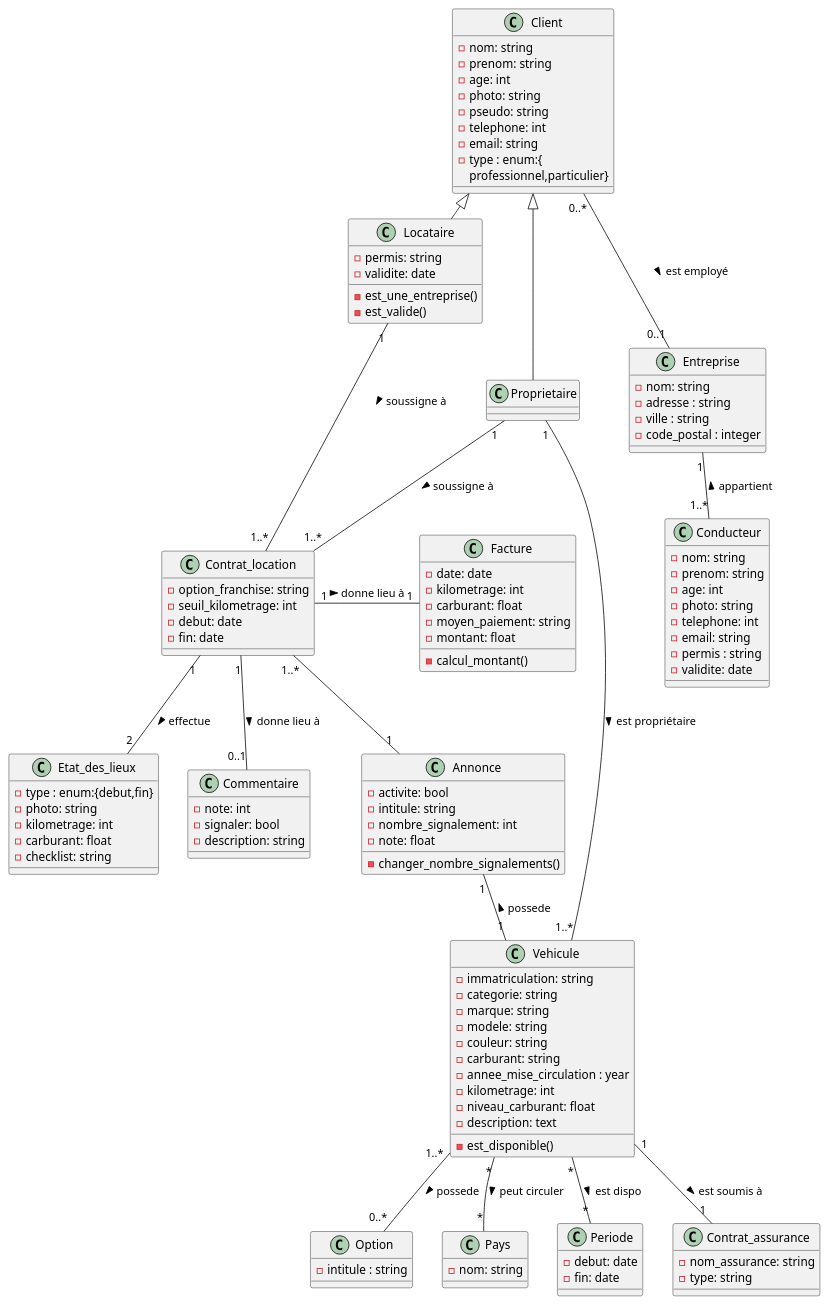
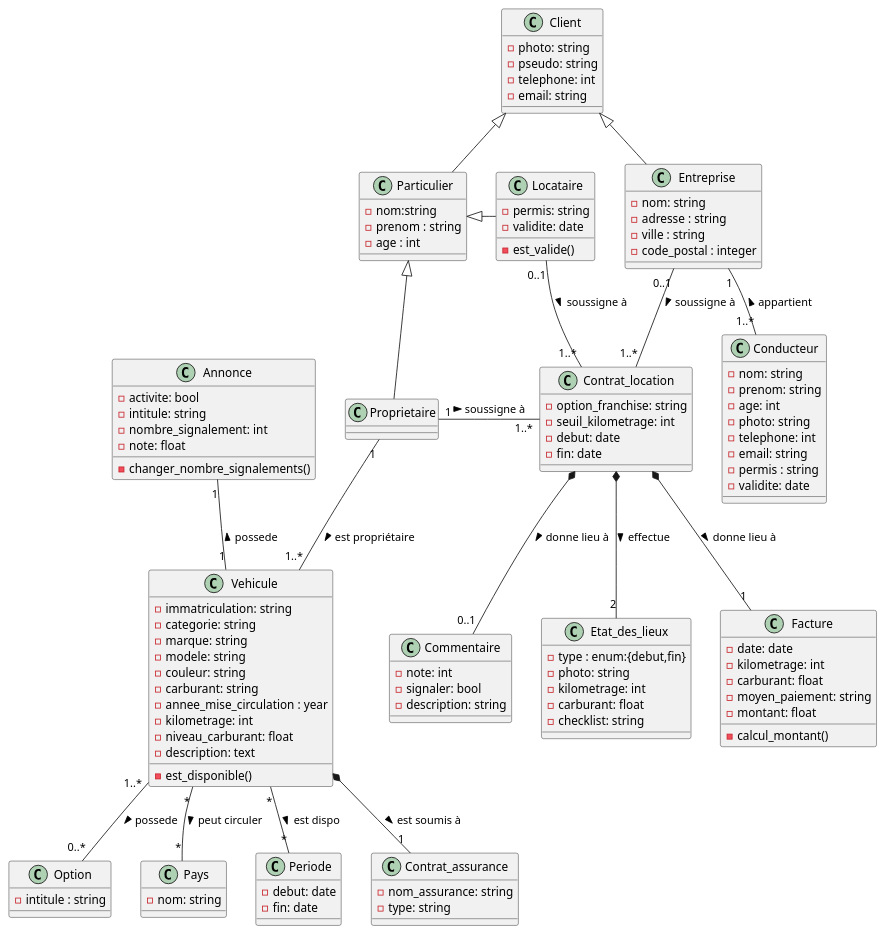
The diagram in uml.puml (yicongl1/V-hiculePartag-), drawn with PlantUML before and after one commit.

Commit message:
Màj uml.puml

```diff
--- a/uml.puml
+++ b/uml.puml
@@ -1,128 +1,130 @@
 @startuml
 class Client {
-    - nom: string
-    - prenom: string
-    - age: int
     - photo: string
     - pseudo: string
     - telephone: int
     - email: string
-    -  type : enum:{
-professionnel,particulier}
+}
     
+class Particulier {
+    -nom:string
+    -prenom : string
+    -age : int
 }
 
 class Locataire {
     - permis: string
     - validite: date
-    - est_une_entreprise()
     - est_valide()
 }
 
 class Proprietaire {
 }
 
 class Entreprise {
     - nom: string
     - adresse : string
     - ville : string
     - code_postal : integer
 }
 
 class Conducteur {
     - nom: string
     - prenom: string
     - age: int
     - photo: string
     - telephone: int
     - email: string
     - permis : string
     - validite: date
 }
 
 class Vehicule {
     - immatriculation: string
     - categorie: string
     - marque: string
     - modele: string
     - couleur: string
     - carburant: string
     - annee_mise_circulation : year
     - kilometrage: int
     - niveau_carburant: float
     - description: text
     - est_disponible()
 }
 
 class Option{
     - intitule : string
 }
 
 class Pays {
     - nom: string 
 }
+
 class Periode {
     - debut: date
     - fin: date
 }
 
 class Contrat_assurance {
     - nom_assurance: string
     - type: string
 }
 
 class Contrat_location {
     - option_franchise: string
     - seuil_kilometrage: int
     - debut: date
     - fin: date
 }
 
 class Etat_des_lieux {
     - type : enum:{debut,fin}
     - photo: string
     - kilometrage: int
     - carburant: float
     - checklist: string
 }
 
 class Facture {
     - date: date
     - kilometrage: int
     - carburant: float
     - moyen_paiement: string
     - montant: float
     - calcul_montant()
 }
 
 class Commentaire {
     - note: int
     - signaler: bool
     - description: string
 }
 
 class Annonce {
     - activite: bool
     - intitule: string
     - nombre_signalement: int
     - note: float
     - changer_nombre_signalements()
 }
 
-Client "0..*" -- "0..1" Entreprise : est employé >
+
+Client <|-- Entreprise
 Entreprise "1" -- "1..*" Conducteur : appartient <
-Client <|- Locataire
-Client <|-- Proprietaire
-Proprietaire "1" -- "1..*" Contrat_location : soussigne à >
-Proprietaire "1" - "1..*" Vehicule : est propriétaire >
+Client <|-- Particulier
+Particulier <|- Locataire
+Particulier <|-- Proprietaire
+Entreprise "0..1" -- "1..*" Contrat_location : soussigne à >
+Proprietaire "1" - "1..*" Contrat_location : soussigne à >
+Proprietaire "1" -- "1..*" Vehicule : est propriétaire >
 Vehicule "*" -- "*" Periode : est dispo >
 Vehicule "*" -- "*" Pays : peut circuler >
-Vehicule "1" -- "1" Contrat_assurance : est soumis à >
+Vehicule *-- "1" Contrat_assurance : est soumis à >
 Vehicule "1..*" -- "0..*" Option : possede >
-Contrat_location "1..*" -- "1" Annonce
-Locataire "1" -- "1..*" Contrat_location : soussigne à >
-Contrat_location "1" - "1" Facture : donne lieu à >
-Contrat_location "1" -- "2" Etat_des_lieux : effectue >
-Contrat_location "1" -- "0..1" Commentaire : donne lieu à >
+Locataire "0..1" -- "1..*" Contrat_location : soussigne à >
+Contrat_location  *-- "1" Facture : donne lieu à >
+Contrat_location *-- "2" Etat_des_lieux : effectue >
+Contrat_location *-- "0..1" Commentaire : donne lieu à >
 Annonce "1" -- "1" Vehicule : possede <
 @enduml
```
